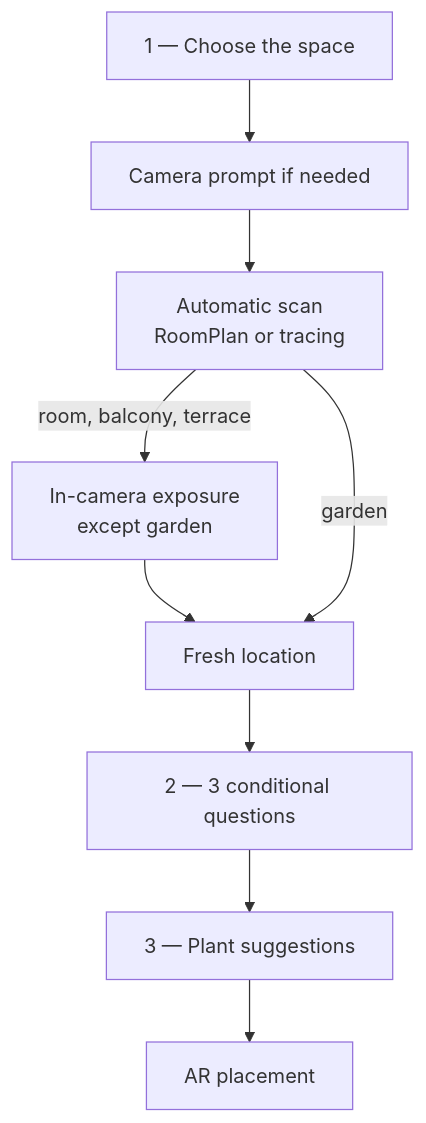
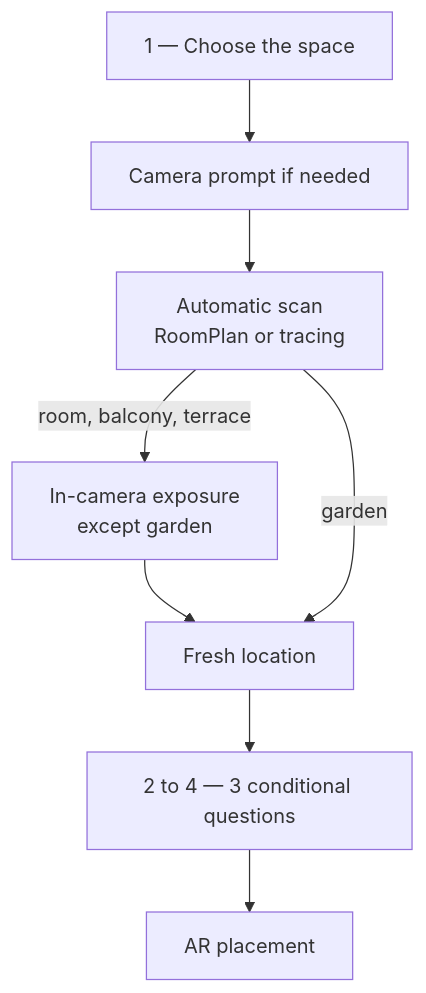
One commit to ArboreTeam/Arbore changed the diagram in docs/en/screens/questionnaire-wizard.md. Above: the diagram before and after it, drawn with Mermaid. The commit also changed other lines of this file and 136 other files, not shown here.

````diff
--- a/docs/en/screens/questionnaire-wizard.md
+++ b/docs/en/screens/questionnaire-wizard.md
@@ -22,16 +21,15 @@
 ```mermaid
 flowchart TB
     space["1 — Choose the space"]
     permission["Camera prompt if needed"]
     scan["Automatic scan<br/>RoomPlan or tracing"]
     exposure["In-camera exposure<br/>except garden"]
     location["Fresh location"]
-    questions["2 — 3 conditional questions"]
-    ai["3 — Plant suggestions"]
+    questions["2 to 4 — 3 conditional questions"]
     placement["AR placement"]
 
     space --> permission --> scan
     scan -->|room, balcony, terrace| exposure --> location
     scan -->|garden| location
-    location --> questions --> ai --> placement
+    location --> questions --> placement
 ```
````
